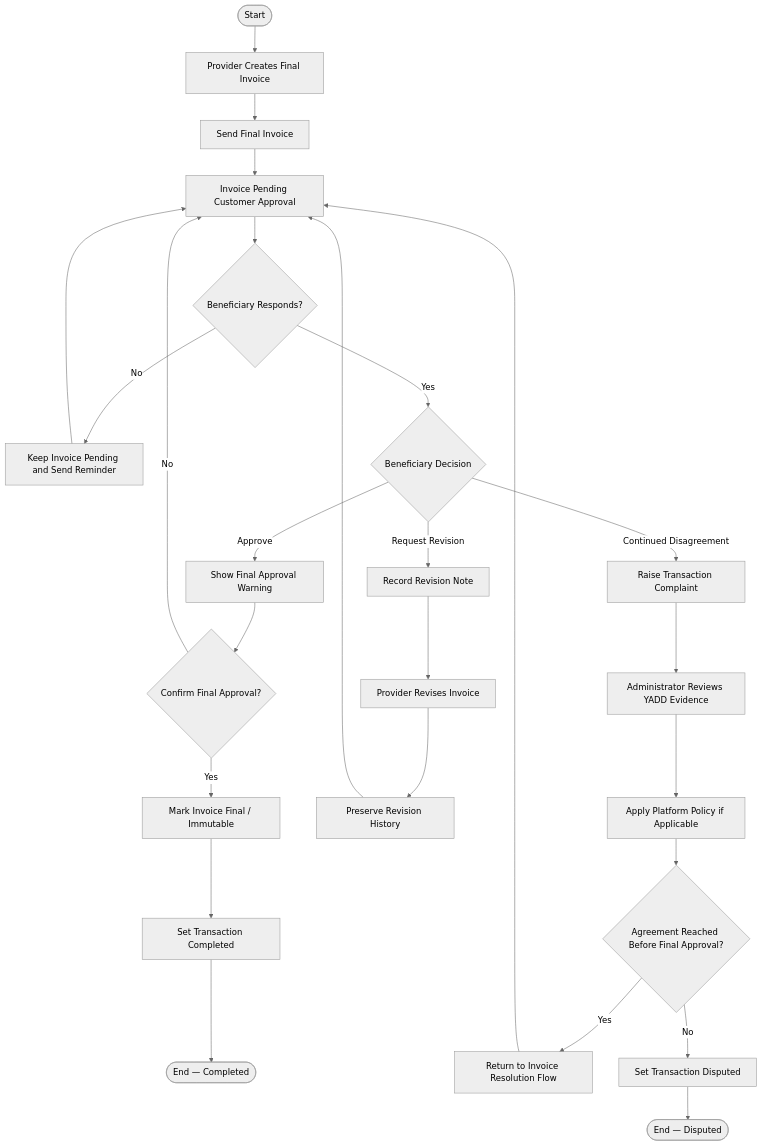
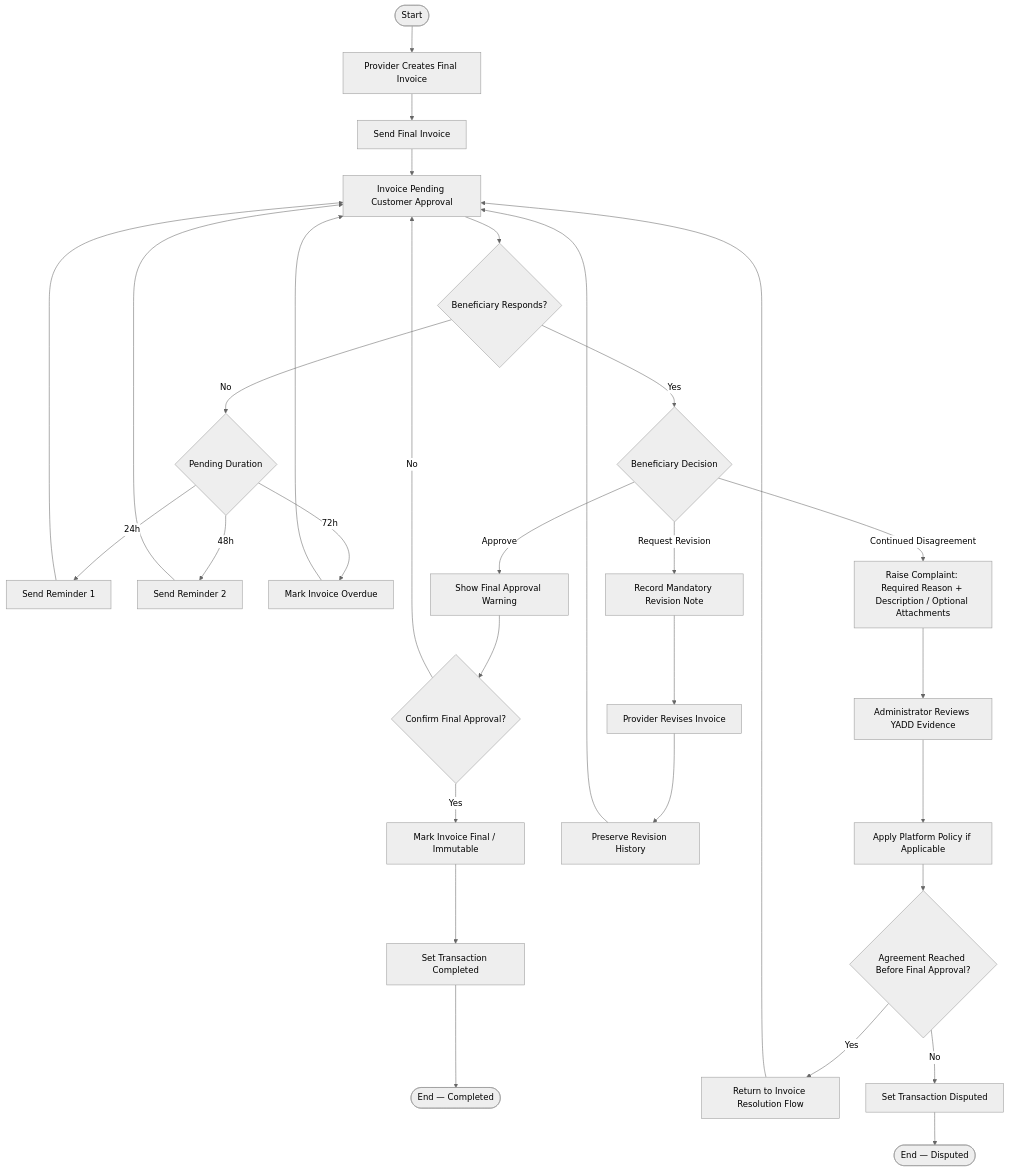
The diagram in diagrams/03-analysis/uml/activity/activity-final-invoice-dispute.md (Yadd-SanaaUniversityGraduationProject/yadd), drawn with Mermaid (neutral theme) before and after one commit. The commit also changed other lines of this file, not shown here.

Commit message:
uml: synchronize invoice dispute activity with DEC-083/084

````diff
--- a/diagrams/03-analysis/uml/activity/activity-final-invoice-dispute.md
+++ b/diagrams/03-analysis/uml/activity/activity-final-invoice-dispute.md
@@ -17,33 +17,38 @@
 ```mermaid
 flowchart TD
     S([Start]) --> A[Provider Creates Final Invoice]
     A --> B[Send Final Invoice]
     B --> C[Invoice Pending Customer Approval]
     C --> D{Beneficiary Responds?}
 
-    D -- No --> E[Keep Invoice Pending and Send Reminder]
-    E --> C
+    D -- No --> E{Pending Duration}
+    E -- 24h --> E1[Send Reminder 1]
+    E -- 48h --> E2[Send Reminder 2]
+    E -- 72h --> E3[Mark Invoice Overdue]
+    E1 --> C
+    E2 --> C
+    E3 --> C
 
     D -- Yes --> F{Beneficiary Decision}
 
     F -- Approve --> G[Show Final Approval Warning]
     G --> H{Confirm Final Approval?}
     H -- No --> C
     H -- Yes --> I[Mark Invoice Final / Immutable]
     I --> J[Set Transaction Completed]
     J --> ZC([End — Completed])
 
-    F -- Request Revision --> K[Record Revision Note]
+    F -- Request Revision --> K[Record Mandatory Revision Note]
     K --> L[Provider Revises Invoice]
     L --> M[Preserve Revision History]
     M --> C
 
-    F -- Continued Disagreement --> N[Raise Transaction Complaint]
+    F -- Continued Disagreement --> N[Raise Complaint: Required Reason + Description / Optional Attachments]
     N --> O[Administrator Reviews YADD Evidence]
     O --> P[Apply Platform Policy if Applicable]
     P --> Q{Agreement Reached Before Final Approval?}
     Q -- Yes --> R[Return to Invoice Resolution Flow]
     R --> C
     Q -- No --> T[Set Transaction Disputed]
     T --> ZD([End — Disputed])
 ```
````
